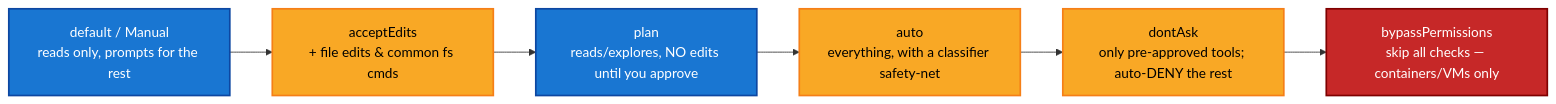
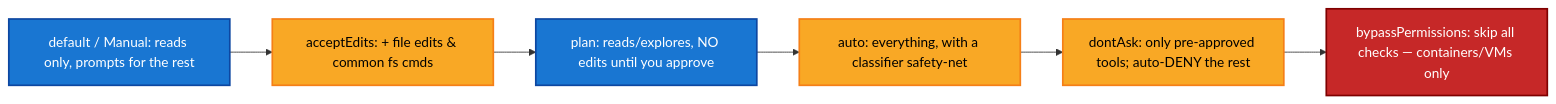
The ninth of 12 diagrams in CCA-F/domains/d3-claude-code.md (parmar-m/claude-architect-certification-prep), drawn with Mermaid before and after one commit. The commit also changed other lines of this file and 25 other files, not shown here.

````diff
--- a/CCA-F/domains/d3-claude-code.md
+++ b/CCA-F/domains/d3-claude-code.md
@@ -361,14 +361,14 @@
 ```mermaid
 flowchart LR
-    D["default / Manual<br/>reads only, prompts for the rest"] --> AE["acceptEdits<br/>+ file edits &amp; common fs cmds"]
-    AE --> PL["plan<br/>reads/explores, NO edits until you approve"]
-    PL --> AU["auto<br/>everything, with a classifier safety-net"]
-    AU --> DA["dontAsk<br/>only pre-approved tools; auto-DENY the rest"]
-    DA --> BP["bypassPermissions<br/>skip all checks — containers/VMs only"]
+    D["default / Manual: reads only, prompts for the rest"] --> AE["acceptEdits: + file edits &amp; common fs cmds"]
+    AE --> PL["plan: reads/explores, NO edits until you approve"]
+    PL --> AU["auto: everything, with a classifier safety-net"]
+    AU --> DA["dontAsk: only pre-approved tools; auto-DENY the rest"]
+    DA --> BP["bypassPermissions: skip all checks — containers/VMs only"]
     classDef safe fill:#1976D2,color:#fff,stroke:#0D47A1,stroke-width:2px
     classDef mid fill:#F9A825,color:#000,stroke:#F57F17,stroke-width:2px
     classDef danger fill:#C62828,color:#fff,stroke:#7f0000,stroke-width:2px
     class D,PL safe
     class AE,AU,DA mid
     class BP danger
 ```
````
